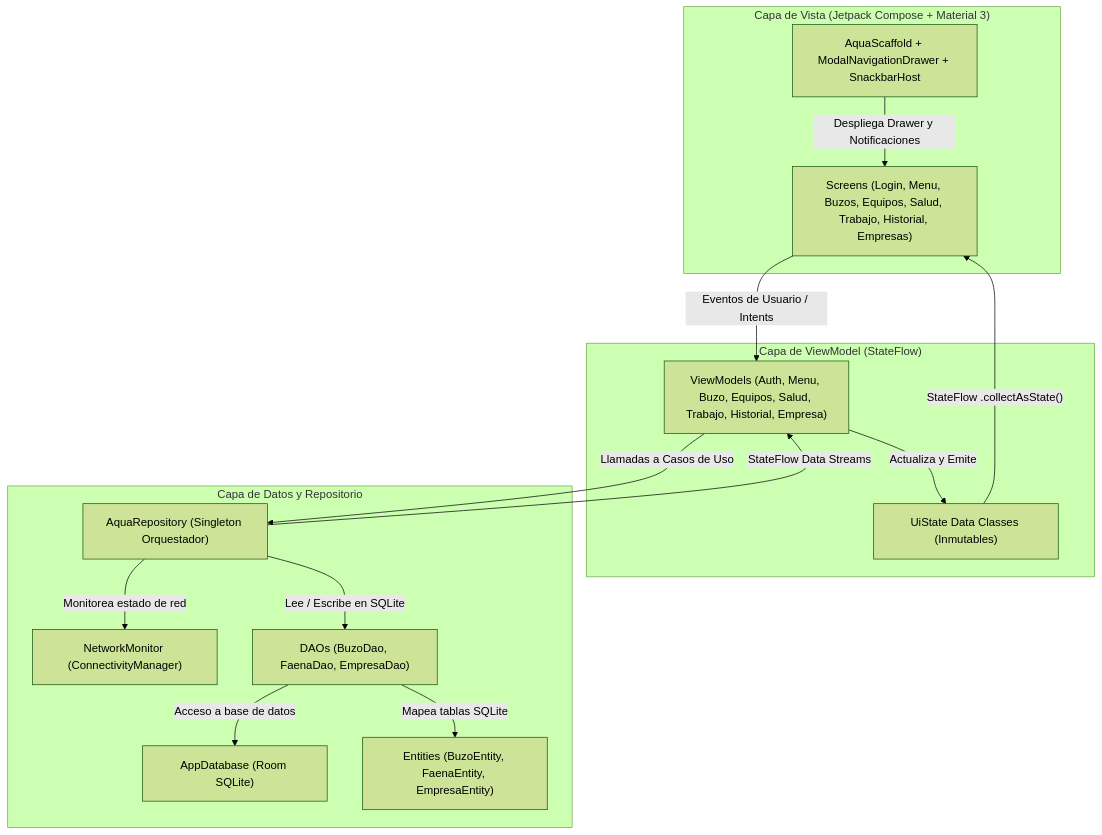
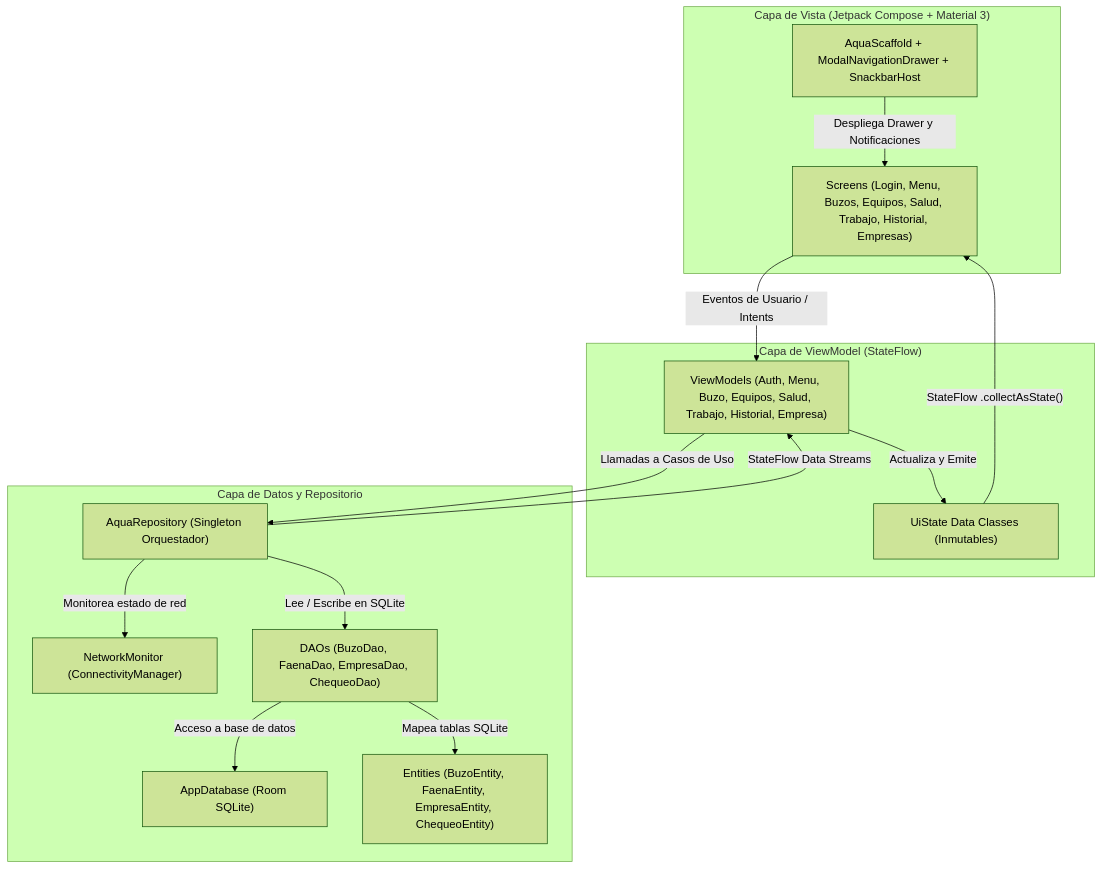
Before and after one commit to AjoloteHacker/Aqua-Registro: the first of 2 diagrams in README.md, drawn with Mermaid (forest theme). The commit also changed other lines of this file and 5 other files, not shown here.

````diff
--- a/README.md
+++ b/README.md
@@ -53,31 +55,31 @@
 ```mermaid
 graph TD
     subgraph UI ["Capa de Vista (Jetpack Compose + Material 3)"]
         Screens["Screens (Login, Menu, Buzos, Equipos, Salud, Trabajo, Historial, Empresas)"]
         Scaffold["AquaScaffold + ModalNavigationDrawer + SnackbarHost"]
     end
 
     subgraph ViewModel ["Capa de ViewModel (StateFlow)"]
         VM["ViewModels (Auth, Menu, Buzo, Equipos, Salud, Trabajo, Historial, Empresa)"]
         UiState["UiState Data Classes (Inmutables)"]
     end
 
     subgraph Data ["Capa de Datos y Repositorio"]
         Repo["AquaRepository (Singleton Orquestador)"]
         NetMon["NetworkMonitor (ConnectivityManager)"]
         RoomDB["AppDatabase (Room SQLite)"]
-        DAOs["DAOs (BuzoDao, FaenaDao, EmpresaDao)"]
-        Entities["Entities (BuzoEntity, FaenaEntity, EmpresaEntity)"]
+        DAOs["DAOs (BuzoDao, FaenaDao, EmpresaDao, ChequeoDao)"]
+        Entities["Entities (BuzoEntity, FaenaEntity, EmpresaEntity, ChequeoEntity)"]
     end
 
     Screens -->|Eventos de Usuario / Intents| VM
     VM -->|Actualiza y Emite| UiState
     UiState -->|"StateFlow .collectAsState()"| Screens
     VM -->|Llamadas a Casos de Uso| Repo
     Repo -->|StateFlow Data Streams| VM
     Repo -->|Monitorea estado de red| NetMon
     Repo -->|Lee / Escribe en SQLite| DAOs
     DAOs -->|Mapea tablas SQLite| Entities
     DAOs -->|Acceso a base de datos| RoomDB
     Scaffold -->|Despliega Drawer y Notificaciones| Screens
 ```
````
